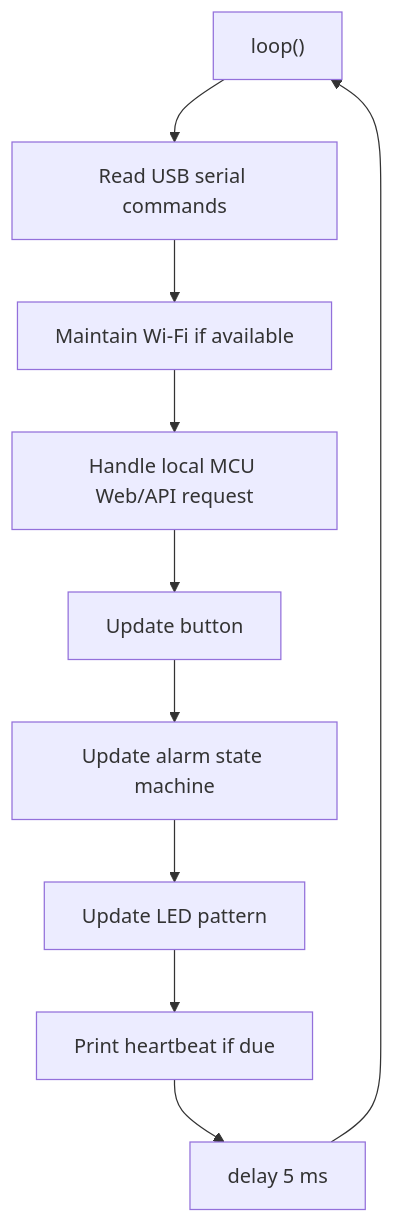
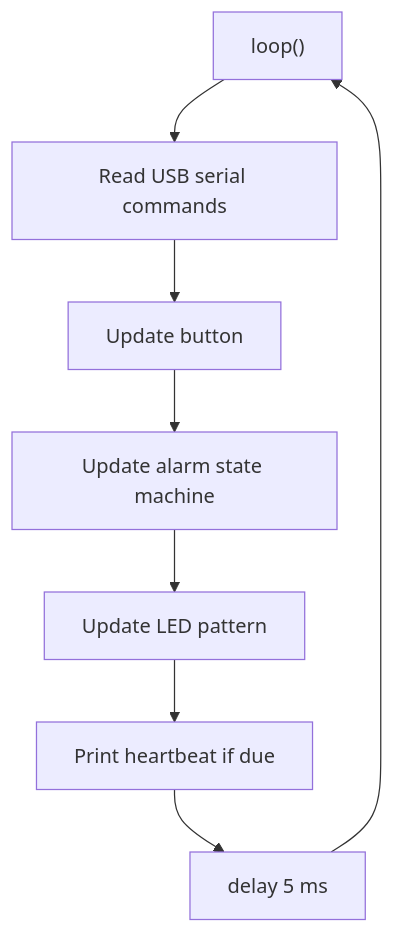
Before and after one commit to terry-eric/esp32c3-clock-web: the second of 2 diagrams in docs/MCU_LOGIC.md, drawn with Mermaid. The commit also changed other lines of this file and 5 other files, not shown here.

Commit message:
Disable MCU WiFi and soften flash LED brightness

````diff
--- a/docs/MCU_LOGIC.md
+++ b/docs/MCU_LOGIC.md
@@ -33,12 +27,10 @@
 ```mermaid
 flowchart TD
   A["loop()"] --> B["Read USB serial commands"]
-  B --> C["Maintain Wi-Fi if available"]
-  C --> D["Handle local MCU Web/API request"]
-  D --> E["Update button"]
-  E --> F["Update alarm state machine"]
-  F --> G["Update LED pattern"]
-  G --> H["Print heartbeat if due"]
-  H --> I["delay 5 ms"]
-  I --> A
+  B --> C["Update button"]
+  C --> D["Update alarm state machine"]
+  D --> E["Update LED pattern"]
+  E --> F["Print heartbeat if due"]
+  F --> G["delay 5 ms"]
+  G --> A
 ```
````
